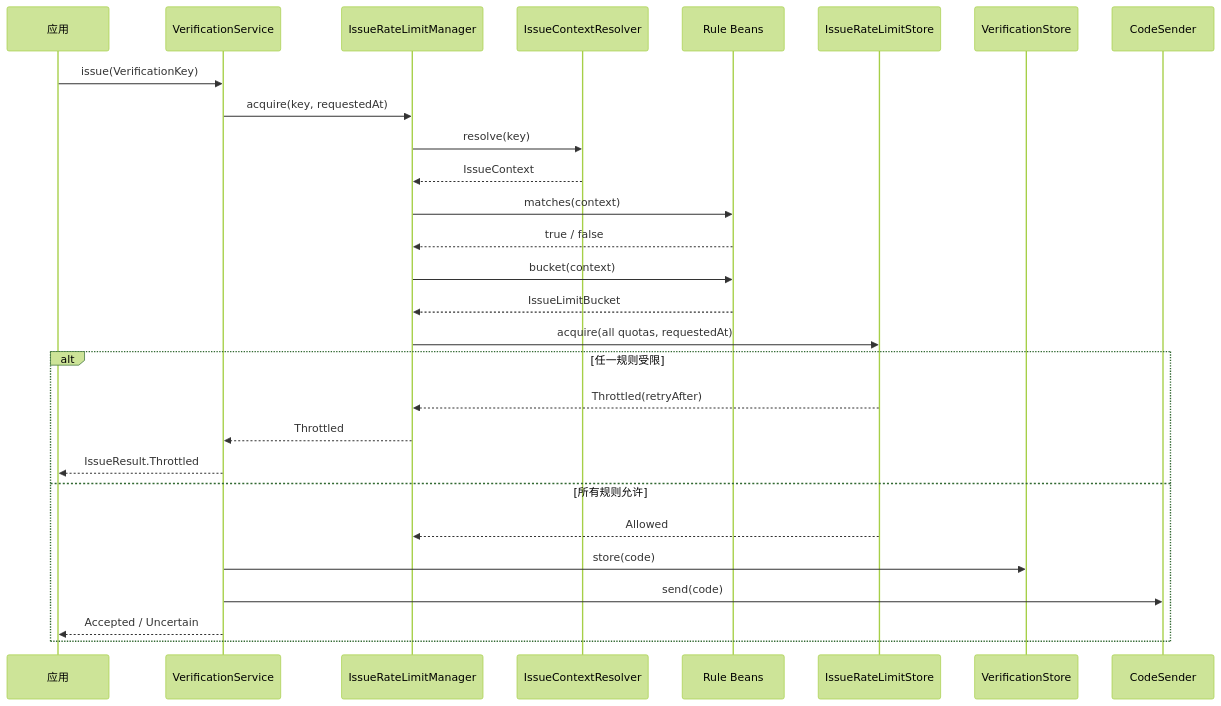
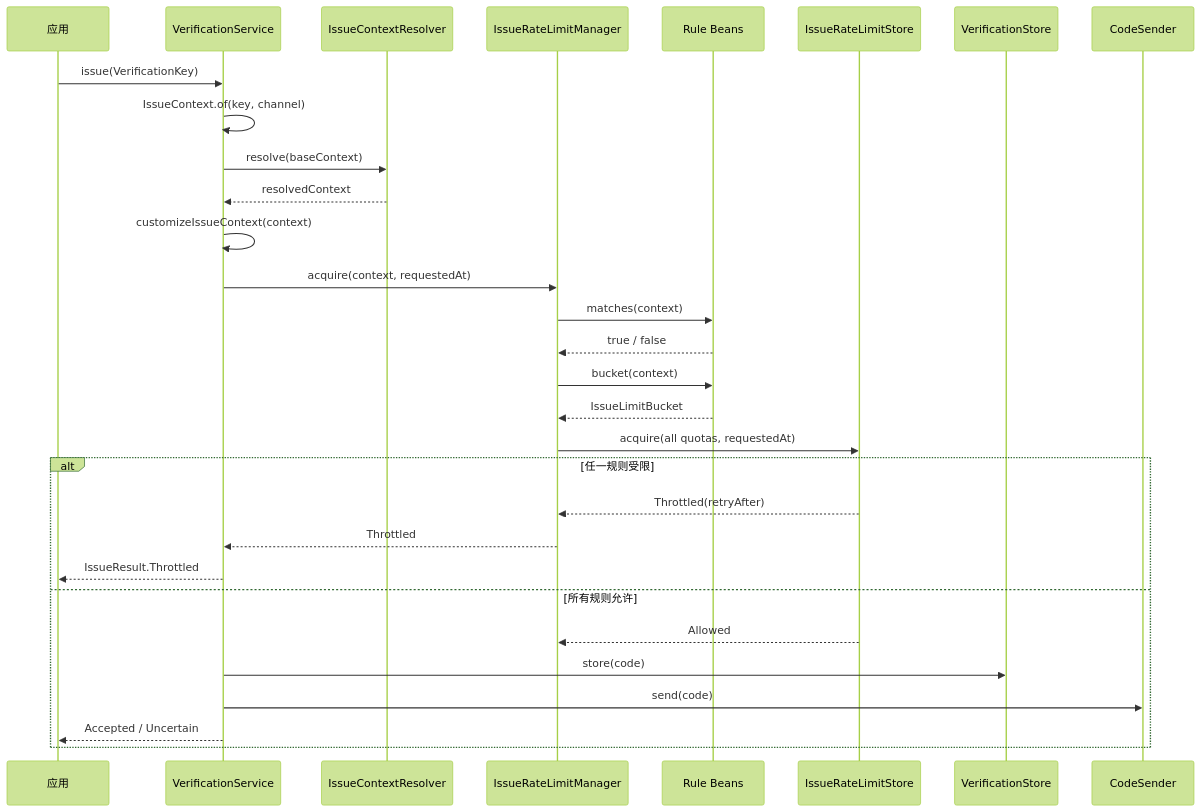
Before and after one commit to RingoTangs/ringo-boot: the second of 2 diagrams in ringo-boot-verification/src/main/java/io/github/ringotangs/ringoboot/verification/limit/README.md, drawn with Mermaid (forest theme). The commit also changed other lines of this file and 32 other files, not shown here.

First line of the commit message:
feat: Introduce IssueContext for enhanced verification context handling

````diff
--- a/ringo-boot-verification/src/main/java/io/github/ringotangs/ringoboot/verification/limit/README.md
+++ b/ringo-boot-verification/src/main/java/io/github/ringotangs/ringoboot/verification/limit/README.md
@@ -191,31 +190,33 @@
 ```mermaid
 sequenceDiagram
     participant App as 应用
     participant Service as VerificationService
+    participant Resolver as IssueContextResolver
     participant Manager as IssueRateLimitManager
-    participant Resolver as IssueContextResolver
     participant Rule as Rule Beans
     participant LimitStore as IssueRateLimitStore
     participant CodeStore as VerificationStore
     participant Sender as CodeSender
 
     App->>Service: issue(VerificationKey)
-    Service->>Manager: acquire(key, requestedAt)
-    Manager->>Resolver: resolve(key)
-    Resolver-->>Manager: IssueContext
+    Service->>Service: IssueContext.of(key, channel)
+    Service->>Resolver: resolve(baseContext)
+    Resolver-->>Service: resolvedContext
+    Service->>Service: customizeIssueContext(context)
+    Service->>Manager: acquire(context, requestedAt)
     Manager->>Rule: matches(context)
     Rule-->>Manager: true / false
     Manager->>Rule: bucket(context)
     Rule-->>Manager: IssueLimitBucket
     Manager->>LimitStore: acquire(all quotas, requestedAt)
     alt 任一规则受限
         LimitStore-->>Manager: Throttled(retryAfter)
         Manager-->>Service: Throttled
         Service-->>App: IssueResult.Throttled
     else 所有规则允许
         LimitStore-->>Manager: Allowed
         Service->>CodeStore: store(code)
         Service->>Sender: send(code)
         Service-->>App: Accepted / Uncertain
     end
 ```
````
